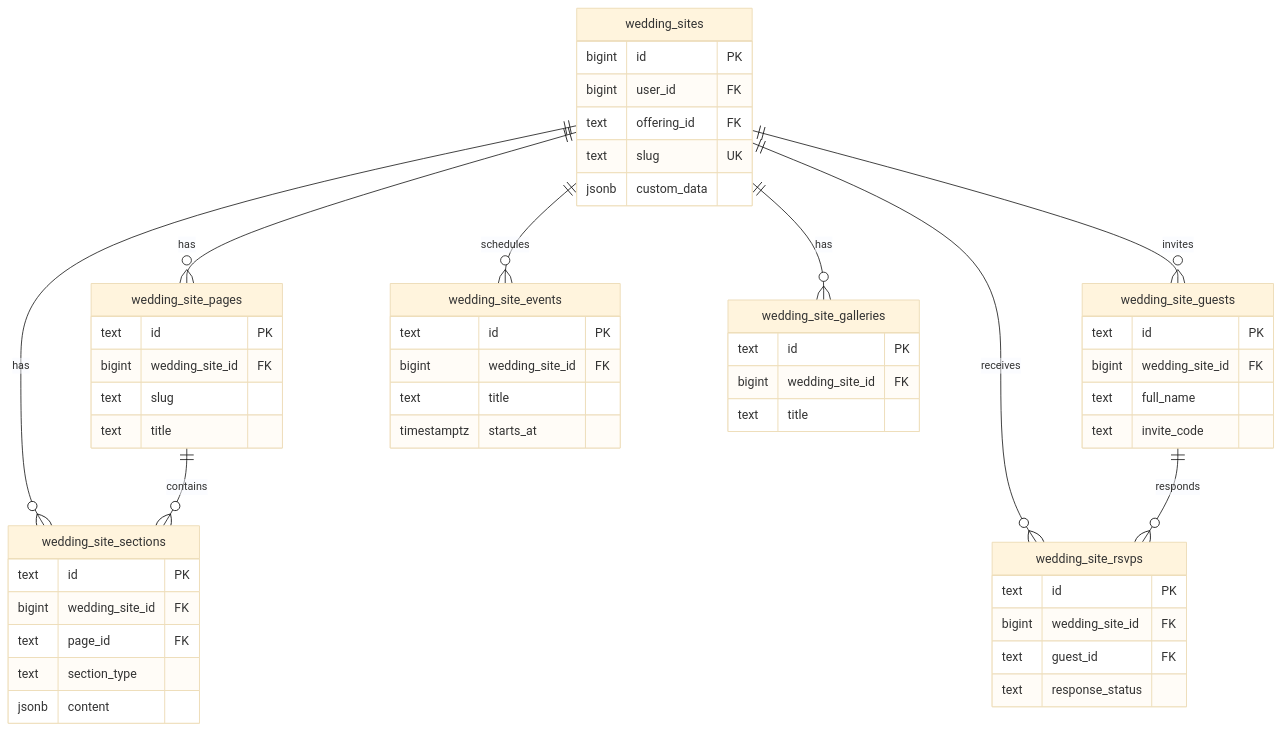
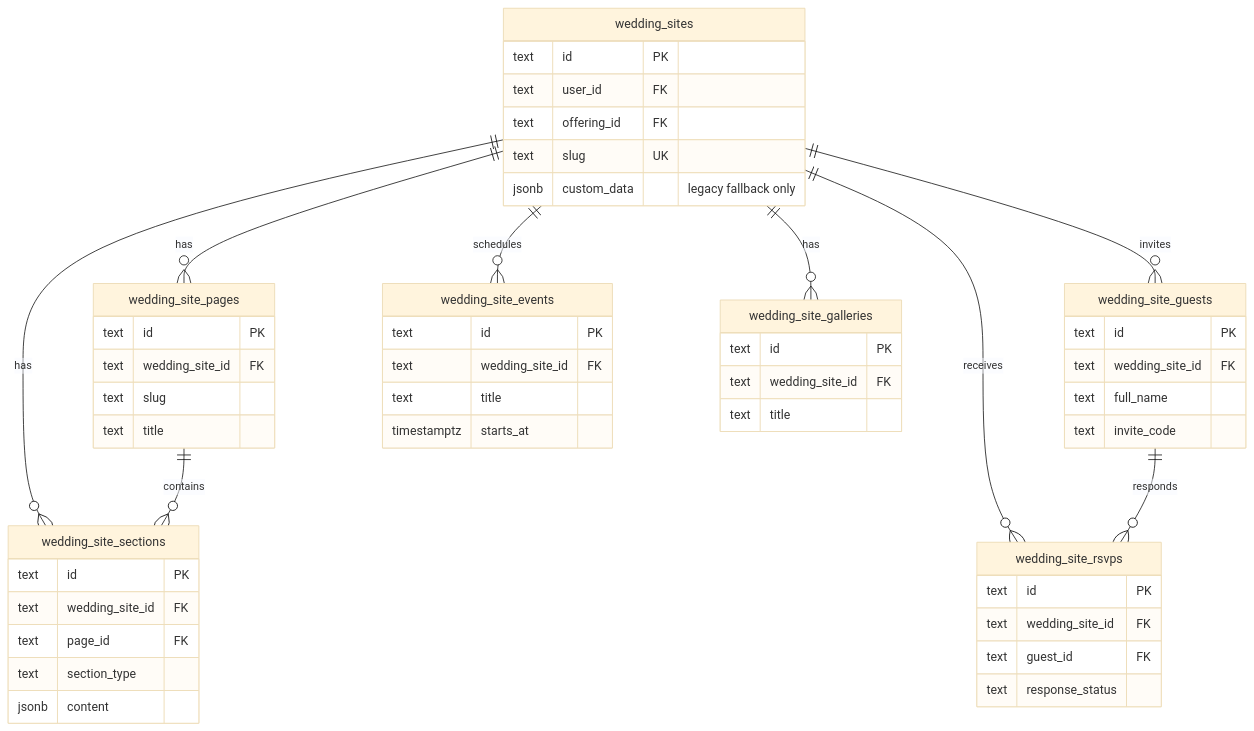
Before and after one commit to hoangpham2263/pinklove: the third of 8 diagrams in docs/schema.md, drawn with Mermaid (base theme). The commit also changed other lines of this file and 56 other files, not shown here.

````diff
--- a/docs/schema.md
+++ b/docs/schema.md
@@ -254,61 +293,61 @@
 ```mermaid
 erDiagram
   wedding_sites {
-    bigint id PK
-    bigint user_id FK
+    text id PK
+    text user_id FK
     text offering_id FK
     text slug UK
-    jsonb custom_data
+    jsonb custom_data "legacy fallback only"
   }
 
   wedding_site_pages {
     text id PK
-    bigint wedding_site_id FK
+    text wedding_site_id FK
     text slug
     text title
   }
 
   wedding_site_sections {
     text id PK
-    bigint wedding_site_id FK
+    text wedding_site_id FK
     text page_id FK
     text section_type
     jsonb content
   }
 
   wedding_site_guests {
     text id PK
-    bigint wedding_site_id FK
+    text wedding_site_id FK
     text full_name
     text invite_code
   }
 
   wedding_site_rsvps {
     text id PK
-    bigint wedding_site_id FK
+    text wedding_site_id FK
     text guest_id FK
     text response_status
   }
 
   wedding_site_events {
     text id PK
-    bigint wedding_site_id FK
+    text wedding_site_id FK
     text title
     timestamptz starts_at
   }
 
   wedding_site_galleries {
     text id PK
-    bigint wedding_site_id FK
+    text wedding_site_id FK
     text title
   }
 
   wedding_sites ||--o{ wedding_site_pages : has
   wedding_sites ||--o{ wedding_site_sections : has
   wedding_site_pages ||--o{ wedding_site_sections : contains
   wedding_sites ||--o{ wedding_site_guests : invites
   wedding_sites ||--o{ wedding_site_rsvps : receives
   wedding_site_guests ||--o{ wedding_site_rsvps : responds
   wedding_sites ||--o{ wedding_site_events : schedules
   wedding_sites ||--o{ wedding_site_galleries : has
 ```
````
